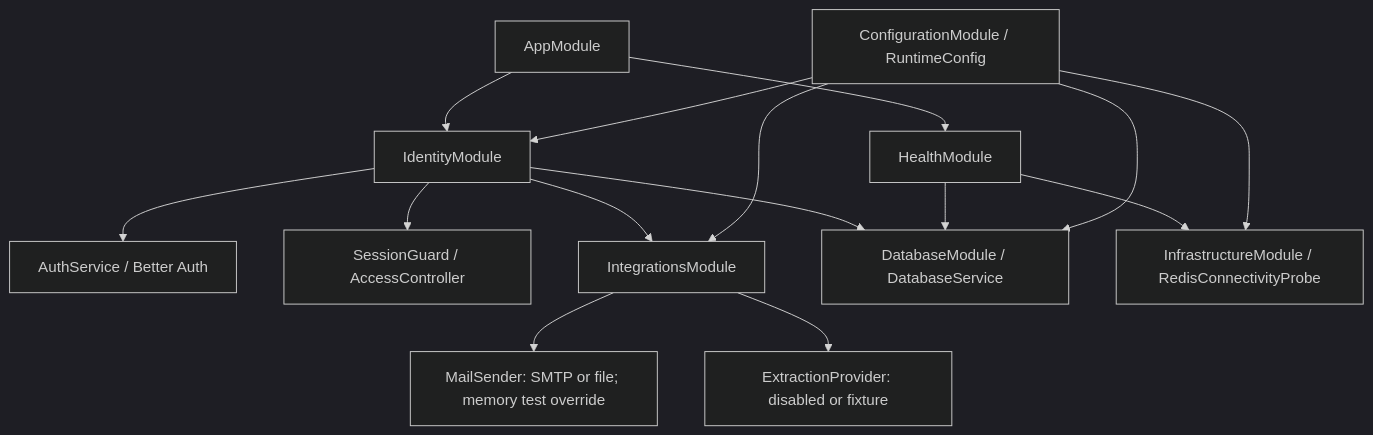
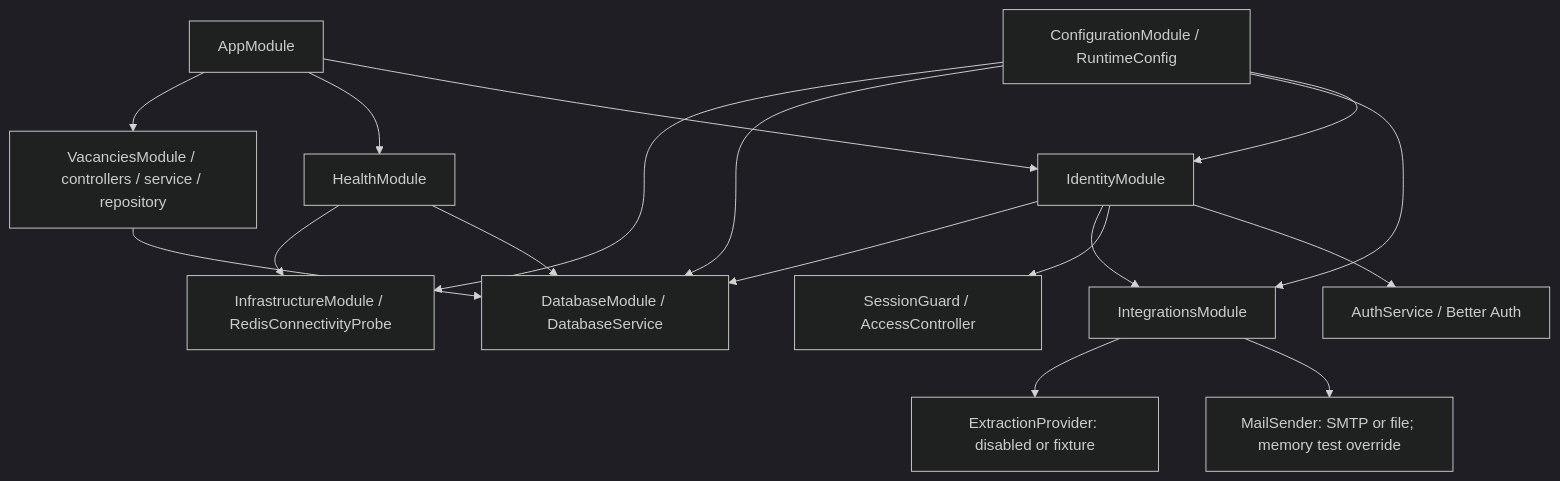
The diagram in docs/architecture.md (abdelkarim-ayed/cap-recruitment), drawn with Mermaid (dark theme) before and after one commit. The commit also changed other lines of this file and 29 other files, not shown here.

````diff
--- a/docs/architecture.md
+++ b/docs/architecture.md
@@ -18,17 +18,19 @@
 ```mermaid
 flowchart TD
   App[AppModule] --> Identity[IdentityModule]
   App --> Health[HealthModule]
+  App --> Vacancies[VacanciesModule / controllers / service / repository]
+  Vacancies --> Database
   Identity --> Auth[AuthService / Better Auth]
   Identity --> Guard[SessionGuard / AccessController]
   Identity --> Integrations[IntegrationsModule]
   Identity --> Database[DatabaseModule / DatabaseService]
   Health --> Database
   Health --> Infra[InfrastructureModule / RedisConnectivityProbe]
   Integrations --> Mail[MailSender: SMTP or file; memory test override]
   Integrations --> Extract[ExtractionProvider: disabled or fixture]
   Config[ConfigurationModule / RuntimeConfig] --> Identity
   Config --> Integrations
   Config --> Database
   Config --> Infra
 ```
````
